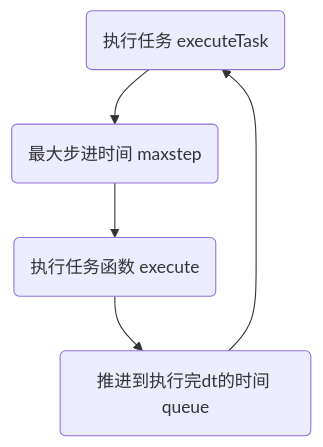
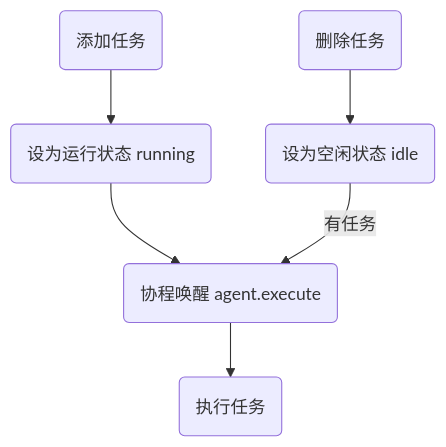
Before and after one commit to huuhghhgyg/Container-Terminal-Simulation: the first of 4 diagrams in docs/agent-template.md, drawn with Mermaid. The commit also changed other lines of this file and 3 other files, not shown here.

````diff
--- a/docs/agent-template.md
+++ b/docs/agent-template.md
@@ -12,5 +5,13 @@
 ```mermaid
 graph
-executeTask(执行任务 executeTask) --> maxstep(最大步进时间 maxstep) --> execute(执行任务函数 execute) --> nextTask(推进到执行完dt的时间 queue)
-nextTask --> executeTask
+addtask(添加任务)
+execute(执行任务)
+deltask(删除任务)
+invoke(协程唤醒 agent.execute)
+running(设为运行状态 running)
+idle(设为空闲状态 idle)
+
+addtask-->running-->invoke
+invoke-->execute
+deltask-->idle-->|有任务|invoke
 ```
````
